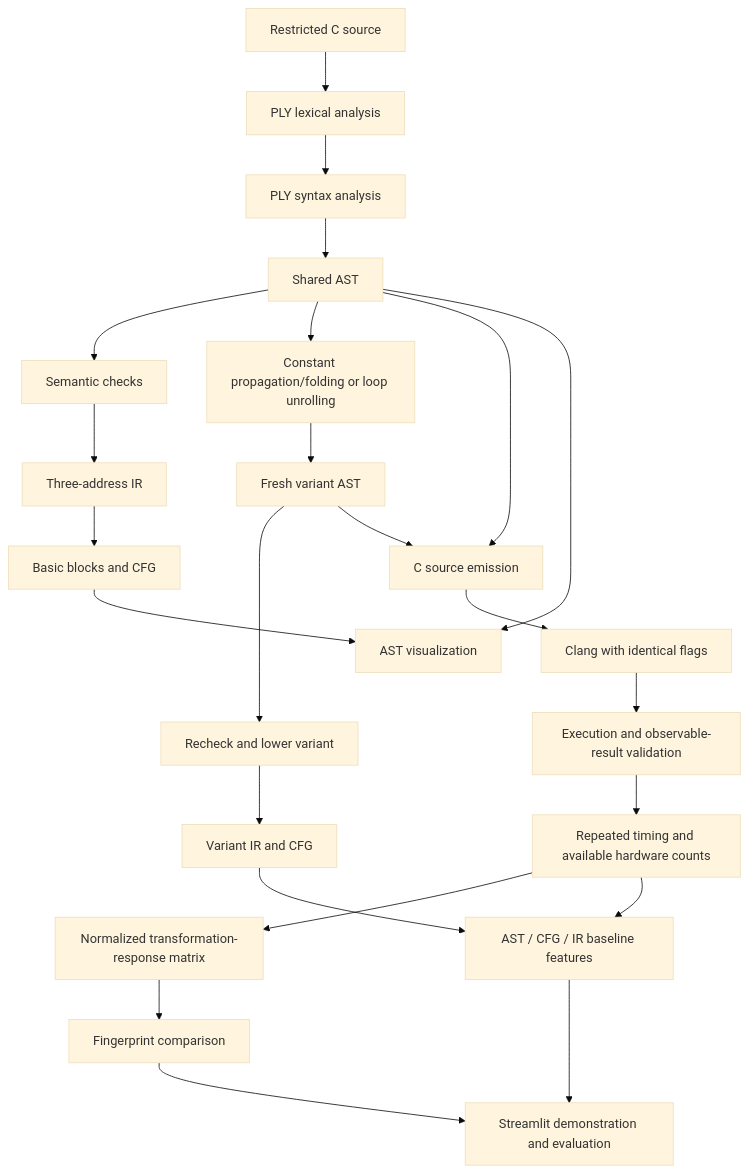
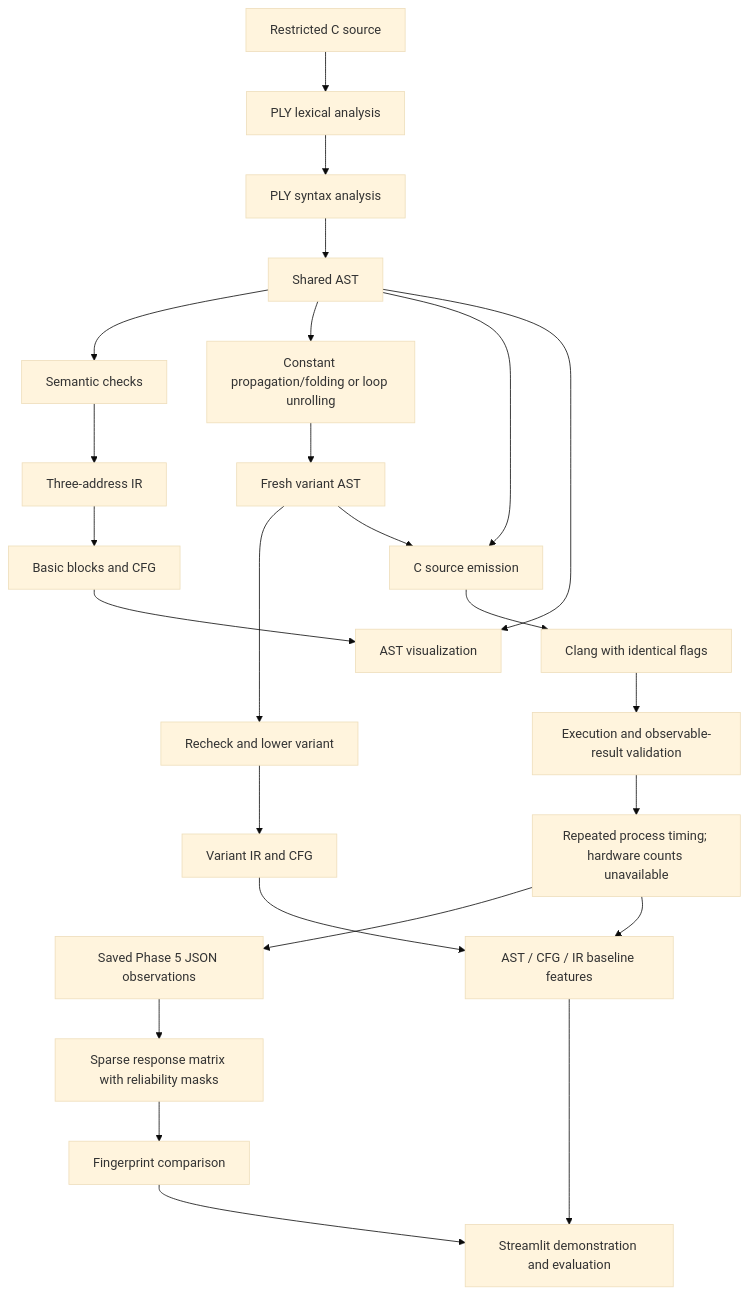
The diagram in docs/ARCHITECTURE.md (IshaanChandrakar/CodeDNA), drawn with Mermaid (base theme) before and after one commit. The commit also changed other lines of this file and 48 other files, not shown here.

````diff
--- a/docs/ARCHITECTURE.md
+++ b/docs/ARCHITECTURE.md
@@ -12,26 +15,27 @@
 ```mermaid
 flowchart TD
     Source[Restricted C source] --> Lex[PLY lexical analysis]
     Lex --> Parse[PLY syntax analysis]
     Parse --> AST[Shared AST]
     AST --> Check[Semantic checks]
     Check --> IR[Three-address IR]
     IR --> CFG[Basic blocks and CFG]
     AST --> Transform[Constant propagation/folding or loop unrolling]
     Transform --> Variant[Fresh variant AST]
     Variant --> CheckVariant[Recheck and lower variant]
     CheckVariant --> VariantIR[Variant IR and CFG]
     AST --> Emit[C source emission]
     Variant --> Emit
     Emit --> Compile[Clang with identical flags]
     Compile --> Verify[Execution and observable-result validation]
-    Verify --> Measure[Repeated timing and available hardware counts]
-    Measure --> Matrix[Normalized transformation-response matrix]
+    Verify --> Measure[Repeated process timing; hardware counts unavailable]
+    Measure --> Reports[Saved Phase 5 JSON observations]
+    Reports --> Matrix[Sparse response matrix with reliability masks]
     Matrix --> Compare[Fingerprint comparison]
     AST --> Diagrams[AST visualization]
     CFG --> Diagrams
     VariantIR --> Baselines[AST / CFG / IR baseline features]
     Measure --> Baselines
     Compare --> UI[Streamlit demonstration and evaluation]
     Baselines --> UI
 ```
````
